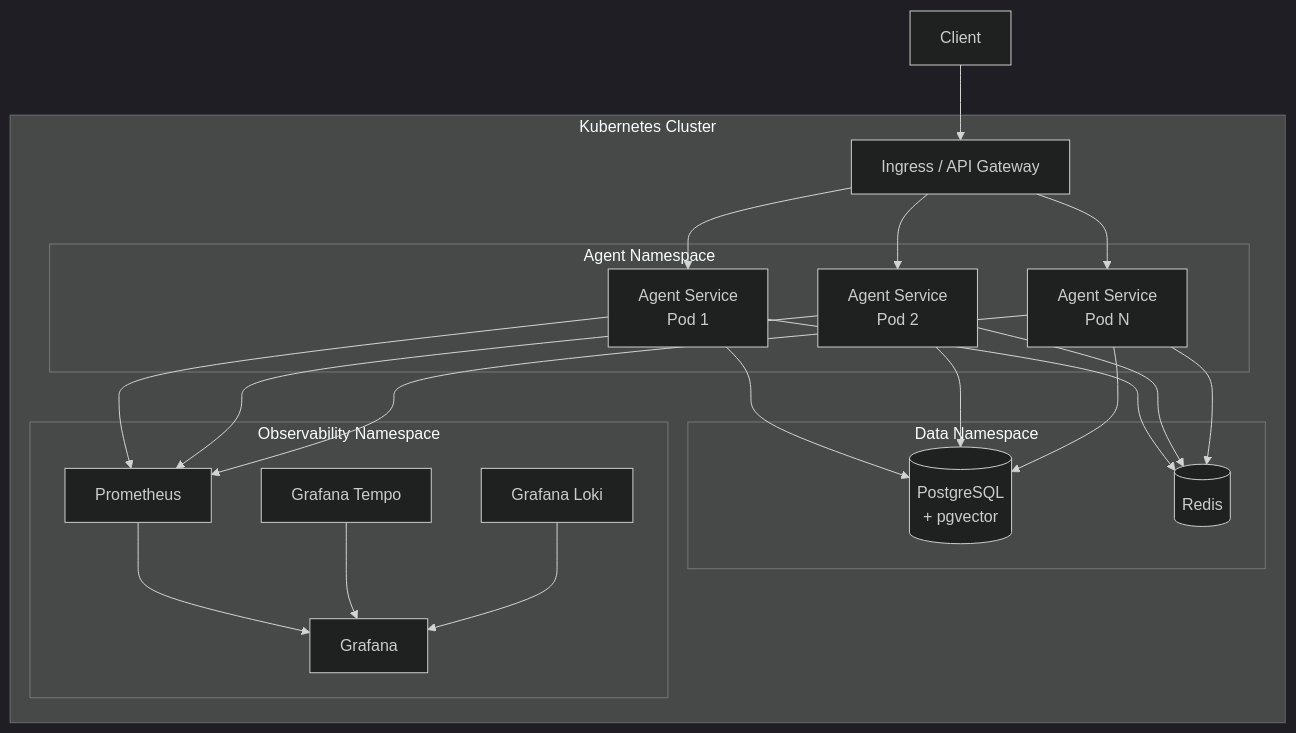
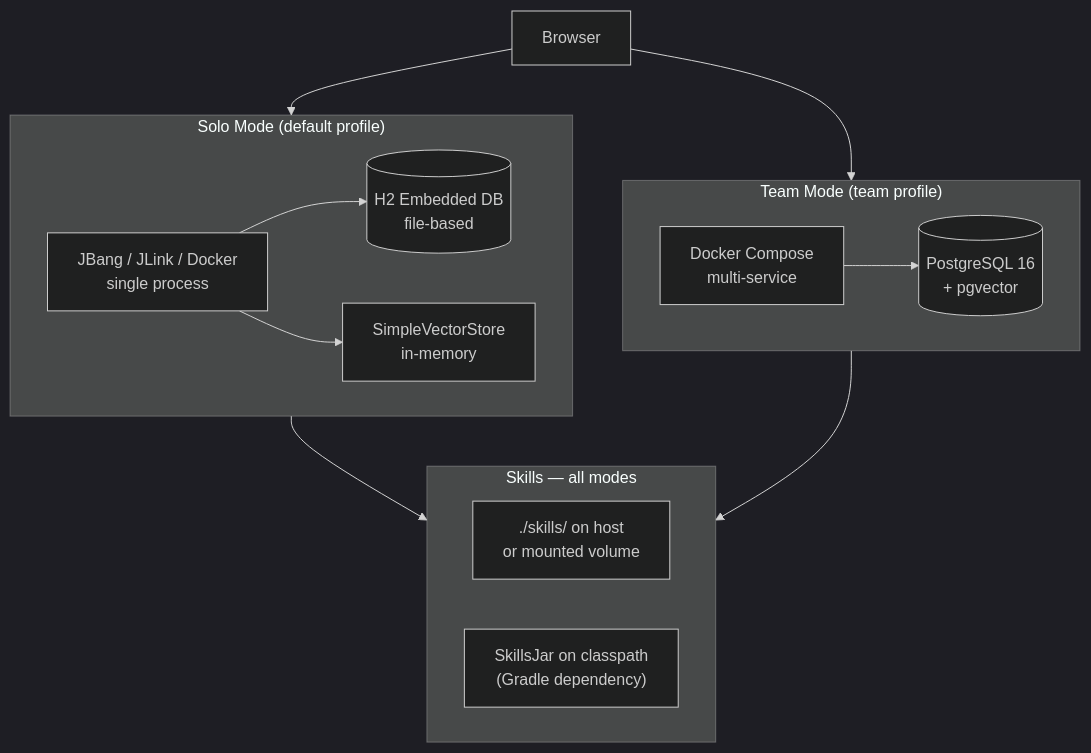
One commit to enterpriseclaw/enterpriseclaw changed the eighth of 8 diagrams in docs/trd-enterpriseclaw.md. Above: the diagram before and after it, drawn with Mermaid (dark theme). The commit also changed other lines of this file, not shown here.

Commit message:
docs: Revise TRD - SkillsTool/SKILL.md skills, AskUserQuestionTool, JBang/JLink/Docker Compose, no Grafana

````diff
--- a/docs/trd-enterpriseclaw.md
+++ b/docs/trd-enterpriseclaw.md
@@ -548,37 +859,26 @@
 ```mermaid
 flowchart TD
-    subgraph Kubernetes Cluster
-        GW["Ingress / API Gateway"]
-        subgraph Agent Namespace
-            AS1["Agent Service\nPod 1"]
-            AS2["Agent Service\nPod 2"]
-            AS3["Agent Service\nPod N"]
-        end
-        subgraph Data Namespace
-            PG[("PostgreSQL\n+ pgvector")]
-            RD[("Redis")]
-        end
-        subgraph Observability Namespace
-            PROM["Prometheus"]
-            GRAFANA["Grafana"]
-            TEMPO["Grafana Tempo"]
-            LOKI["Grafana Loki"]
-        end
+    subgraph Solo["Solo Mode (default profile)"]
+        J["JBang / JLink / Docker\nsingle process"]
+        H2[("H2 Embedded DB\nfile-based")]
+        SV["SimpleVectorStore\nin-memory"]
+        J --> H2
+        J --> SV
     end
-    Client --> GW
-    GW --> AS1
-    GW --> AS2
-    GW --> AS3
-    AS1 --> PG
-    AS2 --> PG
-    AS3 --> PG
-    AS1 --> RD
-    AS2 --> RD
-    AS3 --> RD
-    AS1 --> PROM
-    AS2 --> PROM
-    AS3 --> PROM
-    PROM --> GRAFANA
-    TEMPO --> GRAFANA
-    LOKI --> GRAFANA
+
+    subgraph Team["Team Mode (team profile)"]
+        DC["Docker Compose\nmulti-service"]
+        PG[("PostgreSQL 16\n+ pgvector")]
+        DC --> PG
+    end
+
+    subgraph Skills["Skills — all modes"]
+        FS["./skills/ on host\nor mounted volume"]
+        JAR["SkillsJar on classpath\n(Gradle dependency)"]
+    end
+
+    Browser["Browser"] --> Solo
+    Browser --> Team
+    Solo --> Skills
+    Team --> Skills
 ```
````
